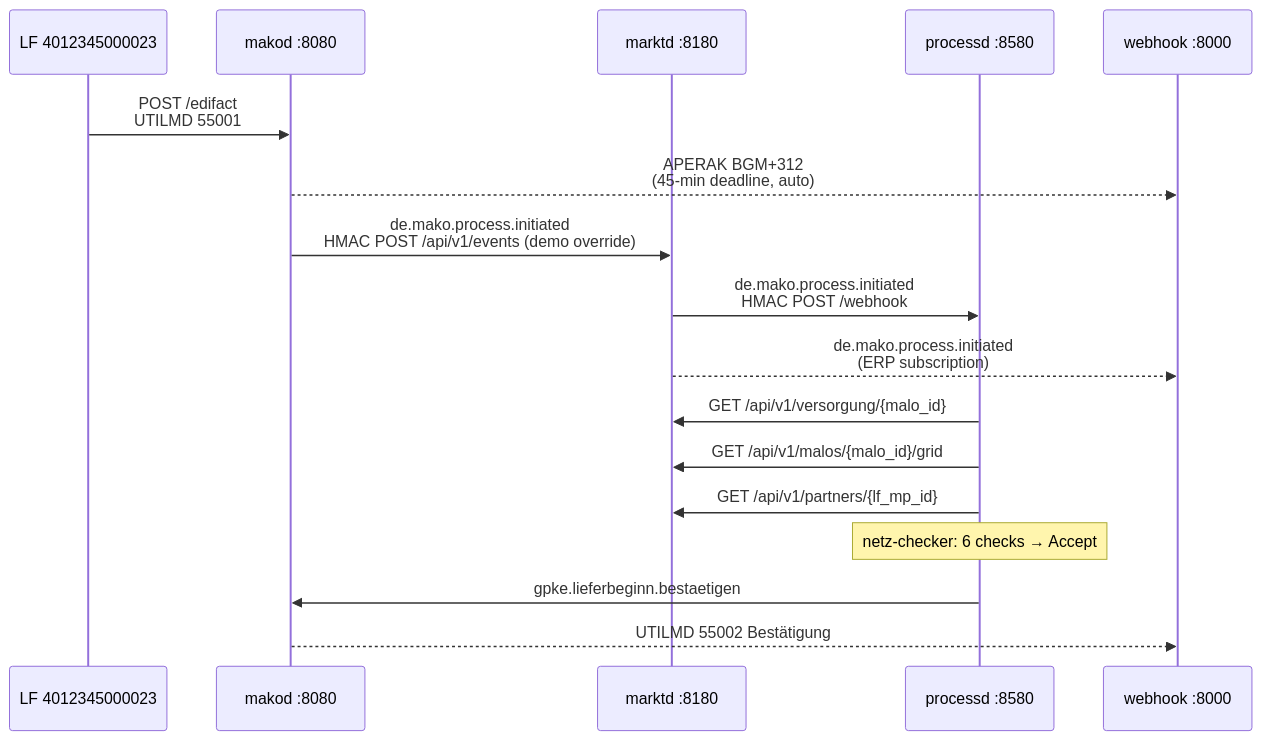
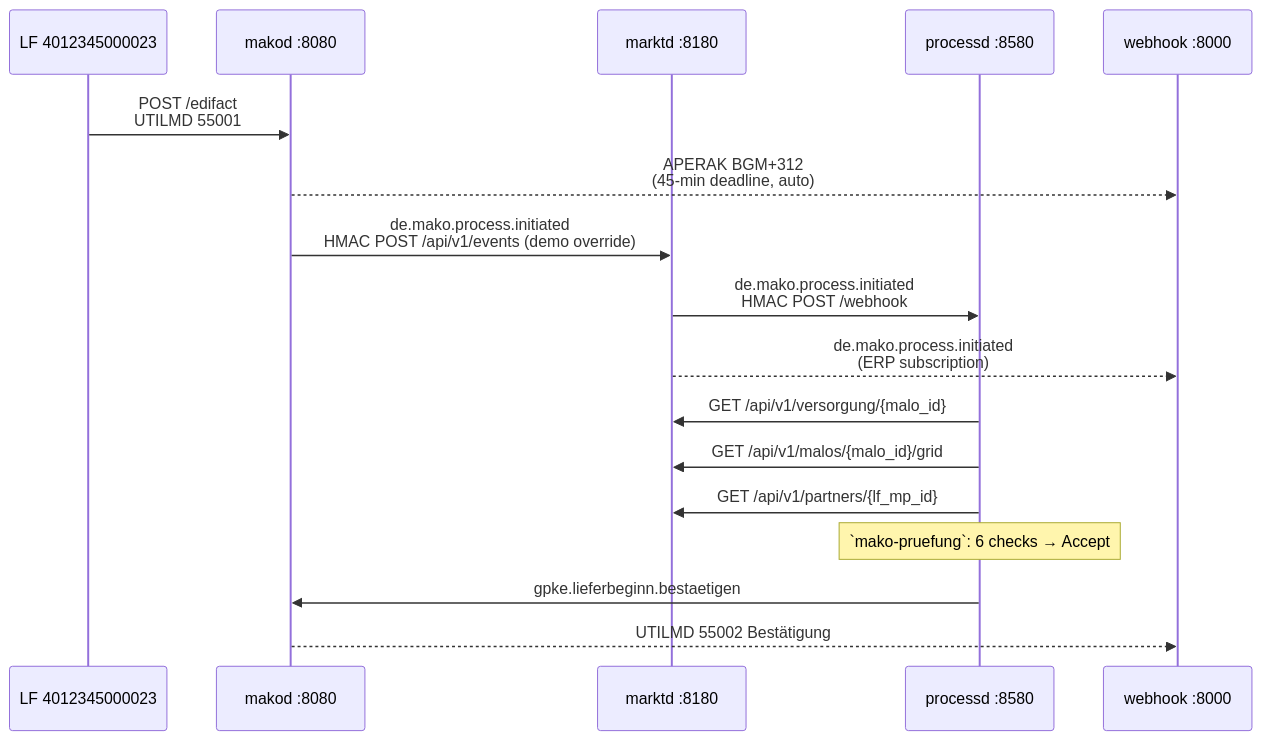
Before and after one commit to hupe1980/mako: the diagram in site/content/docs/guide/getting-started.md, drawn with Mermaid. The commit also changed other lines of this file and 292 other files, not shown here.

````diff
--- a/site/content/docs/guide/getting-started.md
+++ b/site/content/docs/guide/getting-started.md
@@ -23,20 +23,20 @@
 ```mermaid
 sequenceDiagram
     participant LF as LF 4012345000023
     participant makod as makod :8080
     participant marktd as marktd :8180
     participant processd as processd :8580
     participant webhook as webhook :8000
 
     LF->>makod: POST /edifact<br/>UTILMD 55001
     makod-->>webhook: APERAK BGM+312<br/>(45-min deadline, auto)
     makod->>marktd: de.mako.process.initiated<br/>HMAC POST /api/v1/events (demo override)
     marktd->>processd: de.mako.process.initiated<br/>HMAC POST /webhook
     marktd-->>webhook: de.mako.process.initiated<br/>(ERP subscription)
     processd->>marktd: GET /api/v1/versorgung/{malo_id}
     processd->>marktd: GET /api/v1/malos/{malo_id}/grid
     processd->>marktd: GET /api/v1/partners/{lf_mp_id}
-    Note over processd: netz-checker: 6 checks → Accept
+    Note over processd: `mako-pruefung`: 6 checks → Accept
     processd->>makod: gpke.lieferbeginn.bestaetigen
     makod-->>webhook: UTILMD 55002 Bestätigung
 ```
````
